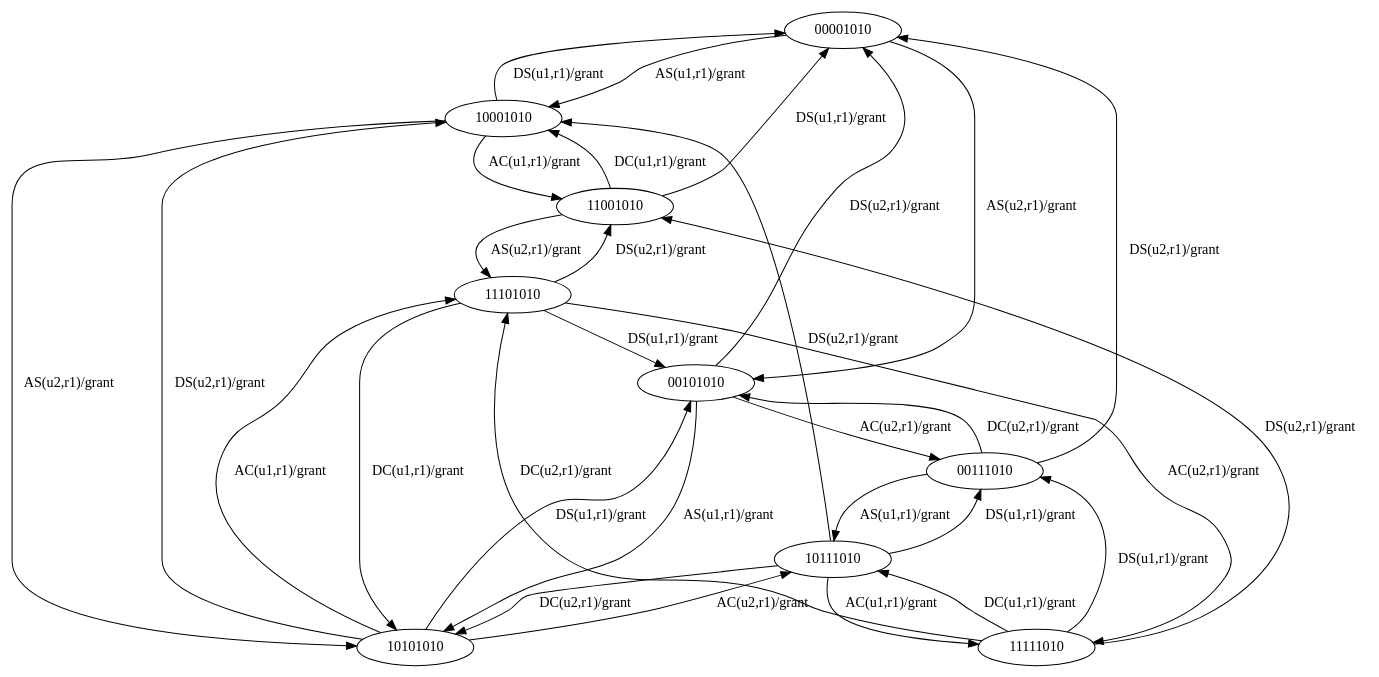
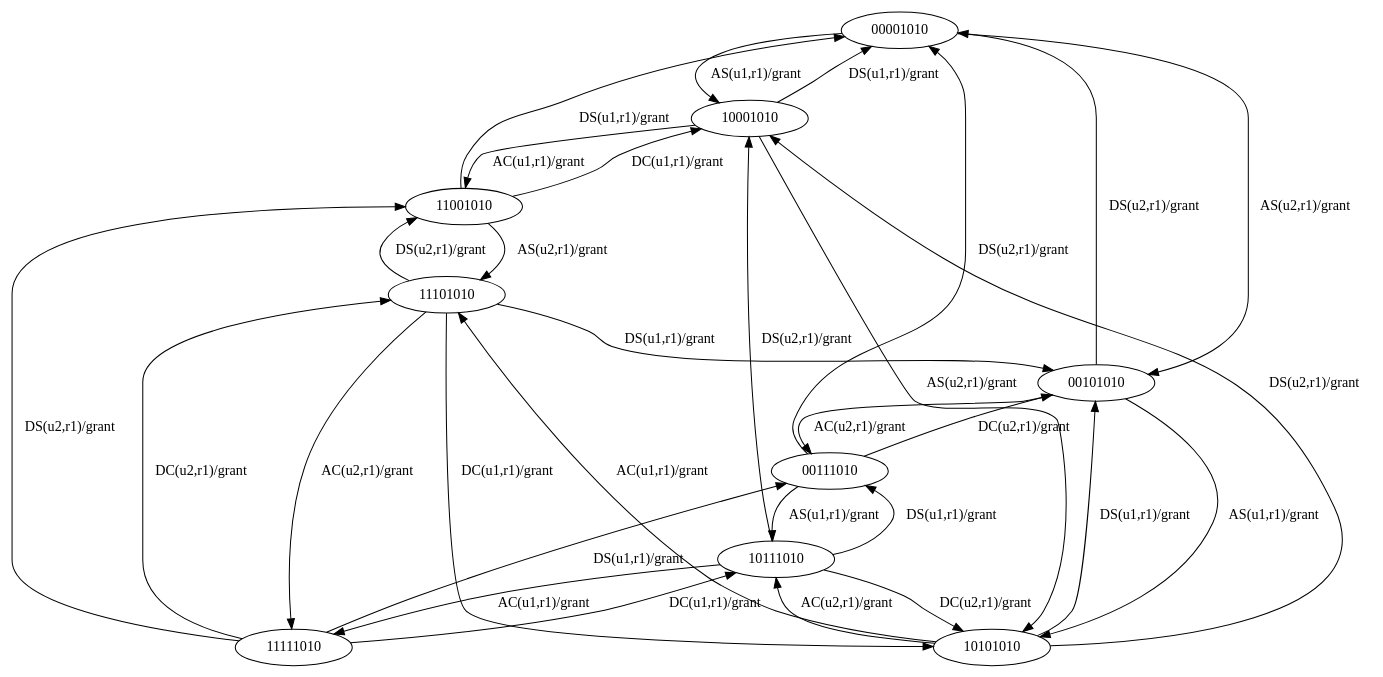
Before and after one commit to damascenodiego/rbac-bt: the diagram in rbac-bt/policy_example/Masood2010Example1/Dr_INCREMENT/Masood2010Example1_Dr_INCREMENT_0.dot, drawn with Graphviz. The commit also changed other lines of this file and 82 other files, not shown here.

```diff
--- a/rbac-bt/policy_example/Masood2010Example1/Dr_INCREMENT/Masood2010Example1_Dr_INCREMENT_0.dot
+++ b/rbac-bt/policy_example/Masood2010Example1/Dr_INCREMENT/Masood2010Example1_Dr_INCREMENT_0.dot
@@ -1,32 +1,32 @@
 digraph rbac2Fsm {
   00001010 -> 10001010 [ label ="AS(u1,r1)/grant"];
   00001010 -> 00101010 [ label ="AS(u2,r1)/grant"];
   00101010 -> 10101010 [ label ="AS(u1,r1)/grant"];
   10001010 -> 00001010 [ label ="DS(u1,r1)/grant"];
   10001010 -> 11001010 [ label ="AC(u1,r1)/grant"];
   10001010 -> 10101010 [ label ="AS(u2,r1)/grant"];
   00101010 -> 00001010 [ label ="DS(u2,r1)/grant"];
   00101010 -> 00111010 [ label ="AC(u2,r1)/grant"];
-  11001010 -> 00001010 [ label ="DS(u1,r1)/grant"];
-  00111010 -> 10111010 [ label ="AS(u1,r1)/grant"];
   10101010 -> 00101010 [ label ="DS(u1,r1)/grant"];
   10101010 -> 11101010 [ label ="AC(u1,r1)/grant"];
+  10101010 -> 10001010 [ label ="DS(u2,r1)/grant"];
+  00111010 -> 10111010 [ label ="AS(u1,r1)/grant"];
+  11001010 -> 00001010 [ label ="DS(u1,r1)/grant"];
+  10101010 -> 10111010 [ label ="AC(u2,r1)/grant"];
   11001010 -> 10001010 [ label ="DC(u1,r1)/grant"];
   11001010 -> 11101010 [ label ="AS(u2,r1)/grant"];
   00111010 -> 00001010 [ label ="DS(u2,r1)/grant"];
   00111010 -> 00101010 [ label ="DC(u2,r1)/grant"];
-  10101010 -> 10001010 [ label ="DS(u2,r1)/grant"];
-  10101010 -> 10111010 [ label ="AC(u2,r1)/grant"];
   10111010 -> 00111010 [ label ="DS(u1,r1)/grant"];
+  11101010 -> 00101010 [ label ="DS(u1,r1)/grant"];
   10111010 -> 11111010 [ label ="AC(u1,r1)/grant"];
-  10111010 -> 10001010 [ label ="DS(u2,r1)/grant"];
-  10111010 -> 10101010 [ label ="DC(u2,r1)/grant"];
-  11101010 -> 00101010 [ label ="DS(u1,r1)/grant"];
   11101010 -> 10101010 [ label ="DC(u1,r1)/grant"];
   11101010 -> 11001010 [ label ="DS(u2,r1)/grant"];
+  10111010 -> 10001010 [ label ="DS(u2,r1)/grant"];
   11101010 -> 11111010 [ label ="AC(u2,r1)/grant"];
+  10111010 -> 10101010 [ label ="DC(u2,r1)/grant"];
   11111010 -> 00111010 [ label ="DS(u1,r1)/grant"];
   11111010 -> 10111010 [ label ="DC(u1,r1)/grant"];
   11111010 -> 11001010 [ label ="DS(u2,r1)/grant"];
   11111010 -> 11101010 [ label ="DC(u2,r1)/grant"];
 }
```
